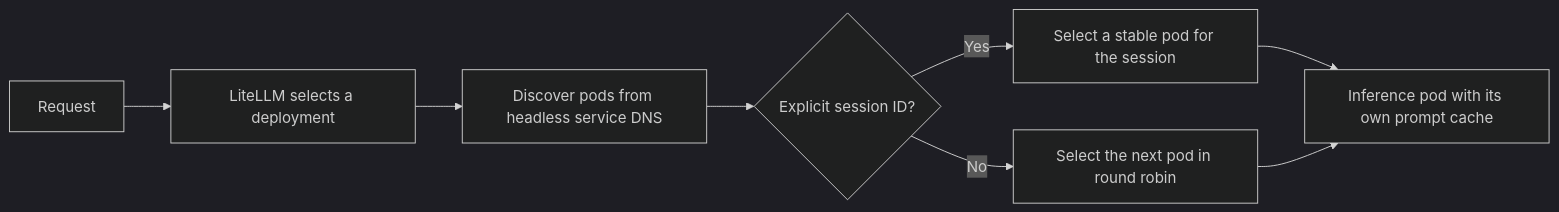
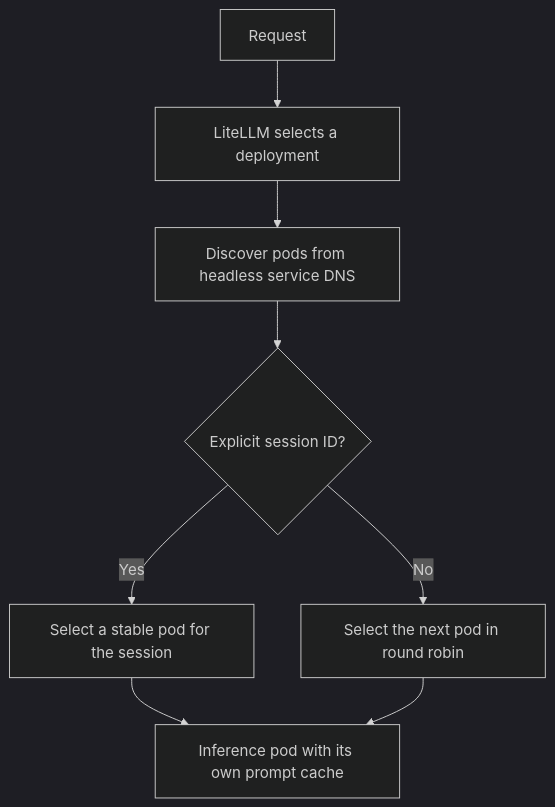
Before and after one commit to BerriAI/litellm-docs: the diagram in docs/proxy/cache_aware_routing.md, drawn with Mermaid (dark theme).

Commit message:
docs: make cache-aware routing diagram readable

````diff
--- a/docs/proxy/cache_aware_routing.md
+++ b/docs/proxy/cache_aware_routing.md
@@ -19,10 +19,10 @@
 ```mermaid
-flowchart LR
+flowchart TB
     A[Request] --> B[LiteLLM selects a deployment]
     B --> C[Discover pods from headless service DNS]
     C --> D{Explicit session ID?}
     D -->|Yes| E[Select a stable pod for the session]
     D -->|No| F[Select the next pod in round robin]
     E --> G[Inference pod with its own prompt cache]
     F --> G
 ```
````
